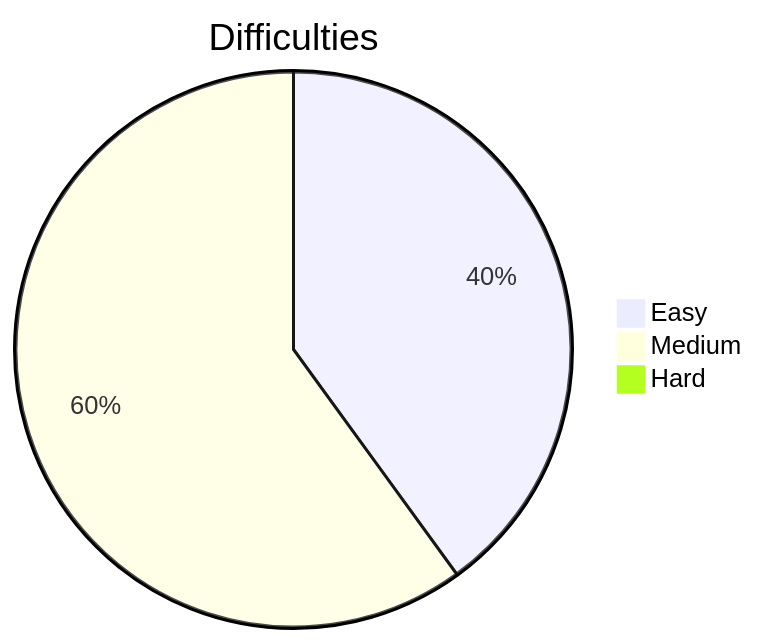
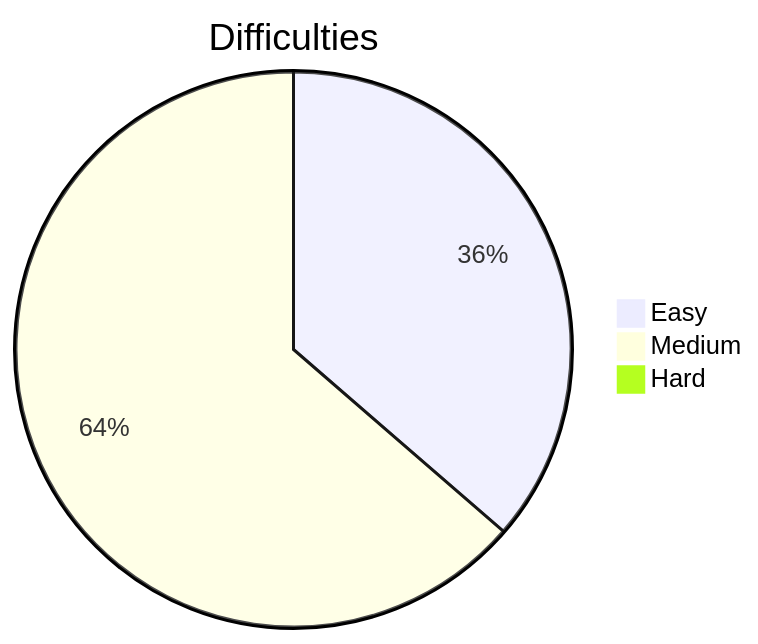
The diagram in README.md (Parth099/Leetcode-Solutions), drawn with Mermaid before and after one commit. The commit also changed other lines of this file and 1 other file, not shown here.

````diff
--- a/README.md
+++ b/README.md
@@ -5,7 +5,7 @@
 ```mermaid
 pie
     title Difficulties
     "Easy"   : 4
-    "Medium" : 6
+    "Medium" : 7
     "Hard"   : 0
 ```
````
